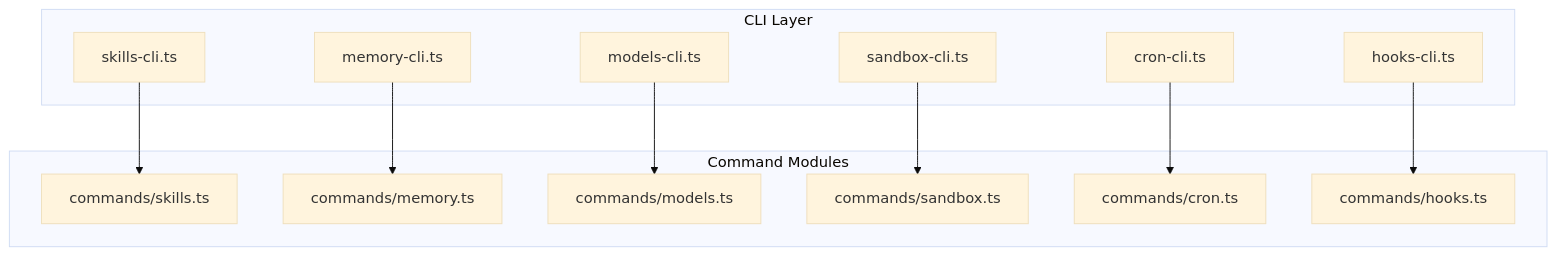
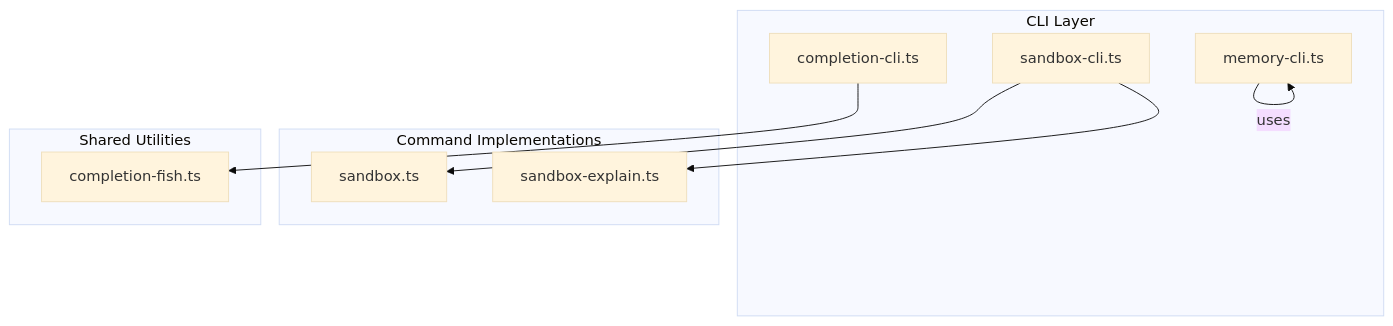
The first of 6 diagrams in repowiki/en/content/CLI Interface/Utility Commands.md (botx-work/OpenClaw-Internals), drawn with Mermaid (base theme) before and after one commit. The commit also changed other lines of this file and 332 other files, not shown here.

````diff
--- a/repowiki/en/content/CLI Interface/Utility Commands.md
+++ b/repowiki/en/content/CLI Interface/Utility Commands.md
@@ -93,25 +43,19 @@
 ```mermaid
 graph TB
 subgraph "CLI Layer"
-SK["skills-cli.ts"]
-ME["memory-cli.ts"]
-MO["models-cli.ts"]
-SA["sandbox-cli.ts"]
-CR["cron-cli.ts"]
-HO["hooks-cli.ts"]
+C["completion-cli.ts"]
+S["sandbox-cli.ts"]
+M["memory-cli.ts"]
 end
-subgraph "Command Modules"
-CMDSK["commands/skills.ts"]
-CMDSM["commands/memory.ts"]
-CMDMO["commands/models.ts"]
-CMDSA["commands/sandbox.ts"]
-CMDCR["commands/cron.ts"]
-CMDHO["commands/hooks.ts"]
+subgraph "Command Implementations"
+SC["sandbox.ts"]
+SE["sandbox-explain.ts"]
 end
-SK --> CMDSK
-ME --> CMDSM
-MO --> CMDMO
-SA --> CMDSA
-CR --> CMDCR
-HO --> CMDHO
+subgraph "Shared Utilities"
+CF["completion-fish.ts"]
+end
+C --> CF
+S --> SC
+S --> SE
+M --> |"uses"| M
 ```
````
